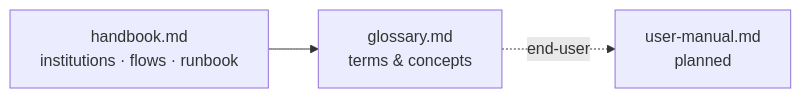
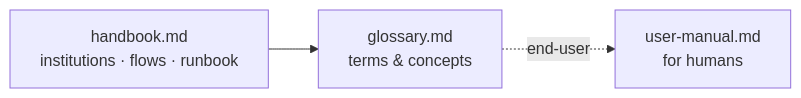
One commit to ASKKPOP/Noesis changed the diagram in wiki/4-reference/index.md. Above: the diagram before and after it, drawn with Mermaid. The commit also changed other lines of this file and 15 other files, not shown here.

First line of the commit message:
docs: end-user manual, handbook supersession, money Phase 62 kickoff

````diff
--- a/wiki/4-reference/index.md
+++ b/wiki/4-reference/index.md
@@ -15,5 +15,5 @@
 ```mermaid
 flowchart LR
   HB[handbook.md<br/>institutions · flows · runbook] --> GL[glossary.md<br/>terms & concepts]
-  GL -.end-user.-> UM[user-manual.md<br/>planned]
+  GL -.end-user.-> UM[user-manual.md<br/>for humans]
 ```
````
